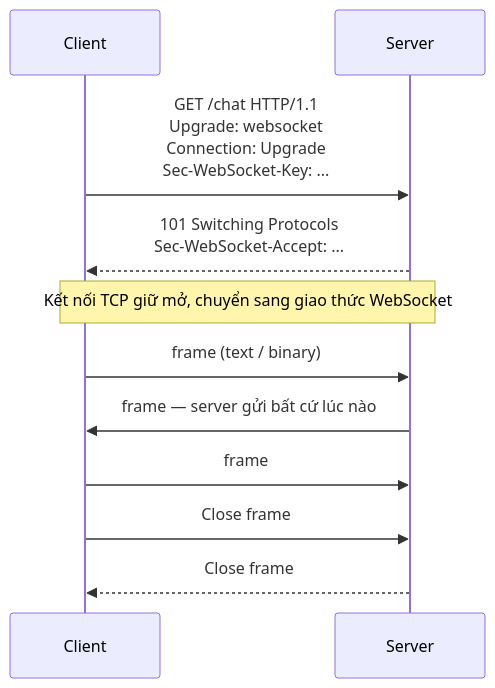
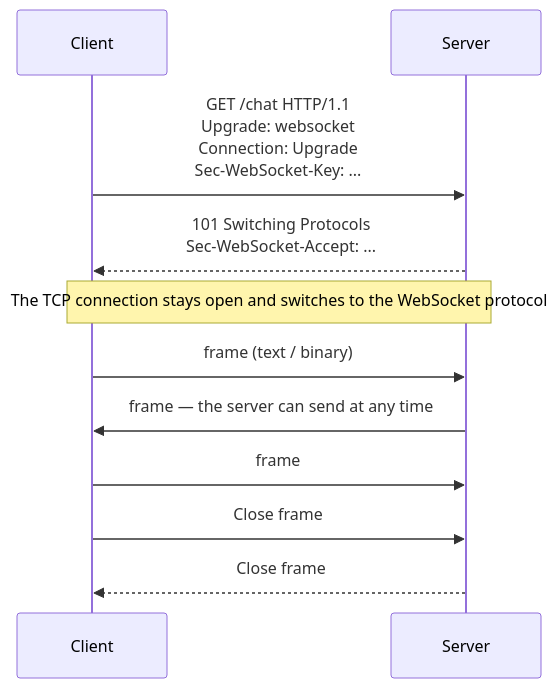
Before and after one commit to sunflynf/web-notes: the first of 2 diagrams in docs/technologies/js/api/socket-io.mdx, drawn with Mermaid. The commit also changed other lines of this file and 33 other files, not shown here.

````diff
--- a/docs/technologies/js/api/socket-io.mdx
+++ b/docs/technologies/js/api/socket-io.mdx
@@ -40,13 +40,13 @@
 ```mermaid
 sequenceDiagram
   participant C as Client
   participant S as Server
   C->>S: GET /chat HTTP/1.1<br/>Upgrade: websocket<br/>Connection: Upgrade<br/>Sec-WebSocket-Key: ...
   S-->>C: 101 Switching Protocols<br/>Sec-WebSocket-Accept: ...
-  Note over C,S: Kết nối TCP giữ mở, chuyển sang giao thức WebSocket
+  Note over C,S: The TCP connection stays open and switches to the WebSocket protocol
   C->>S: frame (text / binary)
-  S->>C: frame — server gửi bất cứ lúc nào
+  S->>C: frame — the server can send at any time
   C->>S: frame
   C->>S: Close frame
   S-->>C: Close frame
 ```
````
